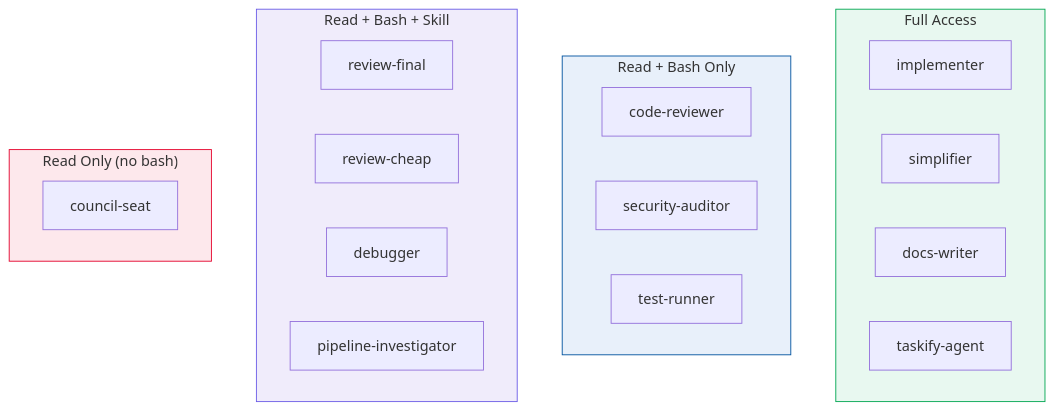
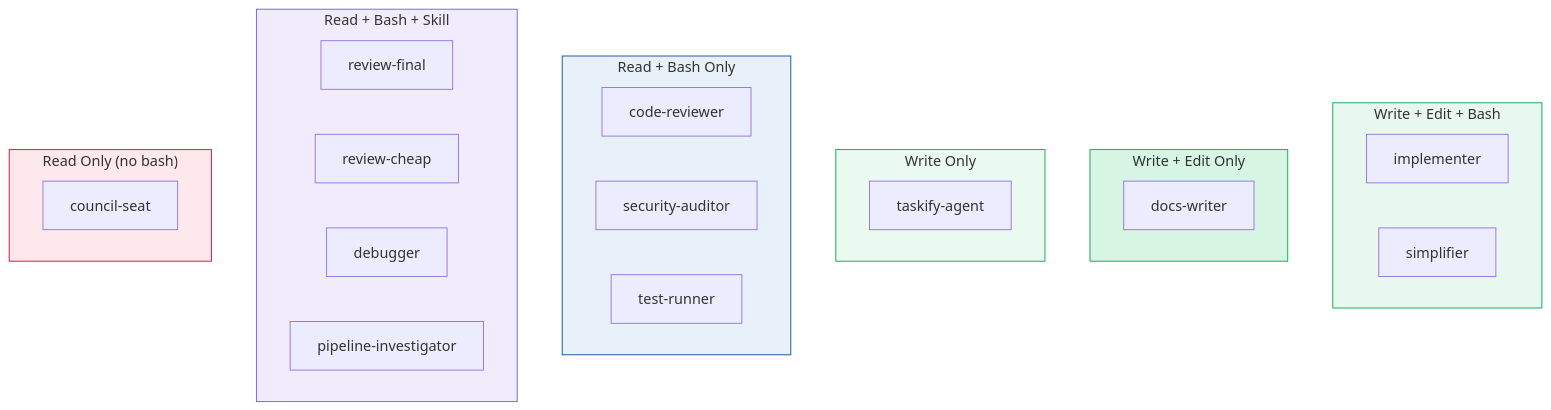
The third of 7 diagrams in docs/operations/opencode-configuration.md (sean8601/mockserver-monorepo), drawn with Mermaid before and after one commit. The commit also changed other lines of this file and 2 other files, not shown here.

````diff
--- a/docs/operations/opencode-configuration.md
+++ b/docs/operations/opencode-configuration.md
@@ -241,31 +241,39 @@
 ```mermaid
 flowchart TD
-    subgraph Full["Full Access"]
+    subgraph WriteBash["Write + Edit + Bash"]
         IMP2["implementer"]
         SIM2["simplifier"]
+    end
+
+    subgraph WriteEdit["Write + Edit Only"]
         DW2["docs-writer"]
+    end
+
+    subgraph WriteOnly["Write Only"]
         TA2["taskify-agent"]
     end
 
     subgraph ReadBash["Read + Bash Only"]
         CR2["code-reviewer"]
         SA2["security-auditor"]
         TR2["test-runner"]
     end
 
     subgraph ReadBashSkill["Read + Bash + Skill"]
         RF2["review-final"]
         RC2["review-cheap"]
         DB2["debugger"]
         PI2["pipeline-investigator"]
     end
 
     subgraph ReadOnly["Read Only (no bash)"]
         CS2["council-seat"]
     end
 
-    style Full fill:#e8f8f0,stroke:#00a651
+    style WriteBash fill:#e8f8f0,stroke:#00a651
+    style WriteEdit fill:#d6f5e3,stroke:#00a651
+    style WriteOnly fill:#eafaf1,stroke:#00a651
     style ReadBash fill:#e8f0fa,stroke:#00539f
     style ReadBashSkill fill:#f0ecfb,stroke:#6b5ce7
     style ReadOnly fill:#fde8ec,stroke:#e4002b
 ```
````
